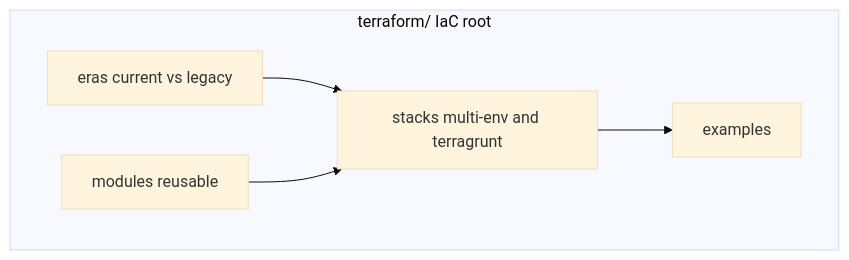
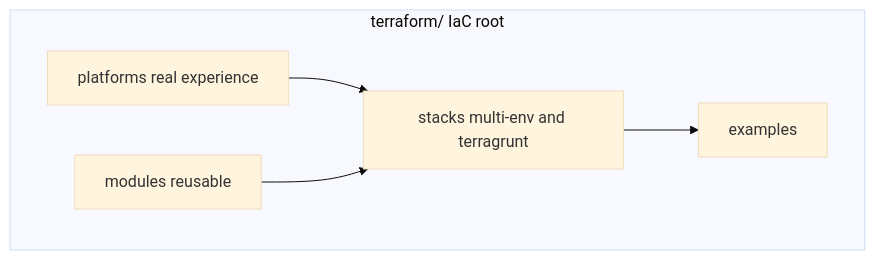
The diagram in terraform/README.md (NarberallGamma/narberall-platform-engineer-lab), drawn with Mermaid (base theme) before and after one commit. The commit also changed other lines of this file and 31 other files, not shown here.

First line of the commit message:
Reframe IaC platforms for hunters: drop Legacy labels, clarify Huawei/AWS map.

````diff
--- a/terraform/README.md
+++ b/terraform/README.md
@@ -14,12 +28,12 @@
 ```mermaid
 flowchart TB
   subgraph terraform_root ["terraform/ IaC root"]
-    Eras[eras current vs legacy]
+    Platforms[platforms real experience]
     Stacks[stacks multi-env and terragrunt]
     Mods[modules reusable]
     Examples[examples]
   end
-  Eras --> Stacks
+  Platforms --> Stacks
   Mods --> Stacks
   Stacks --> Examples
 ```
````
